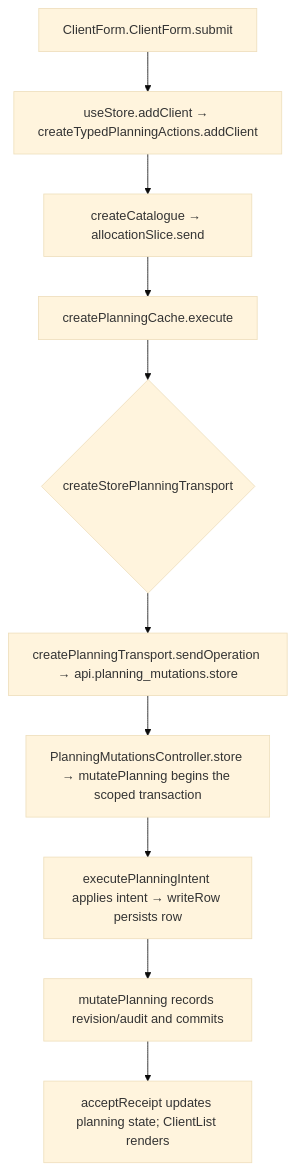
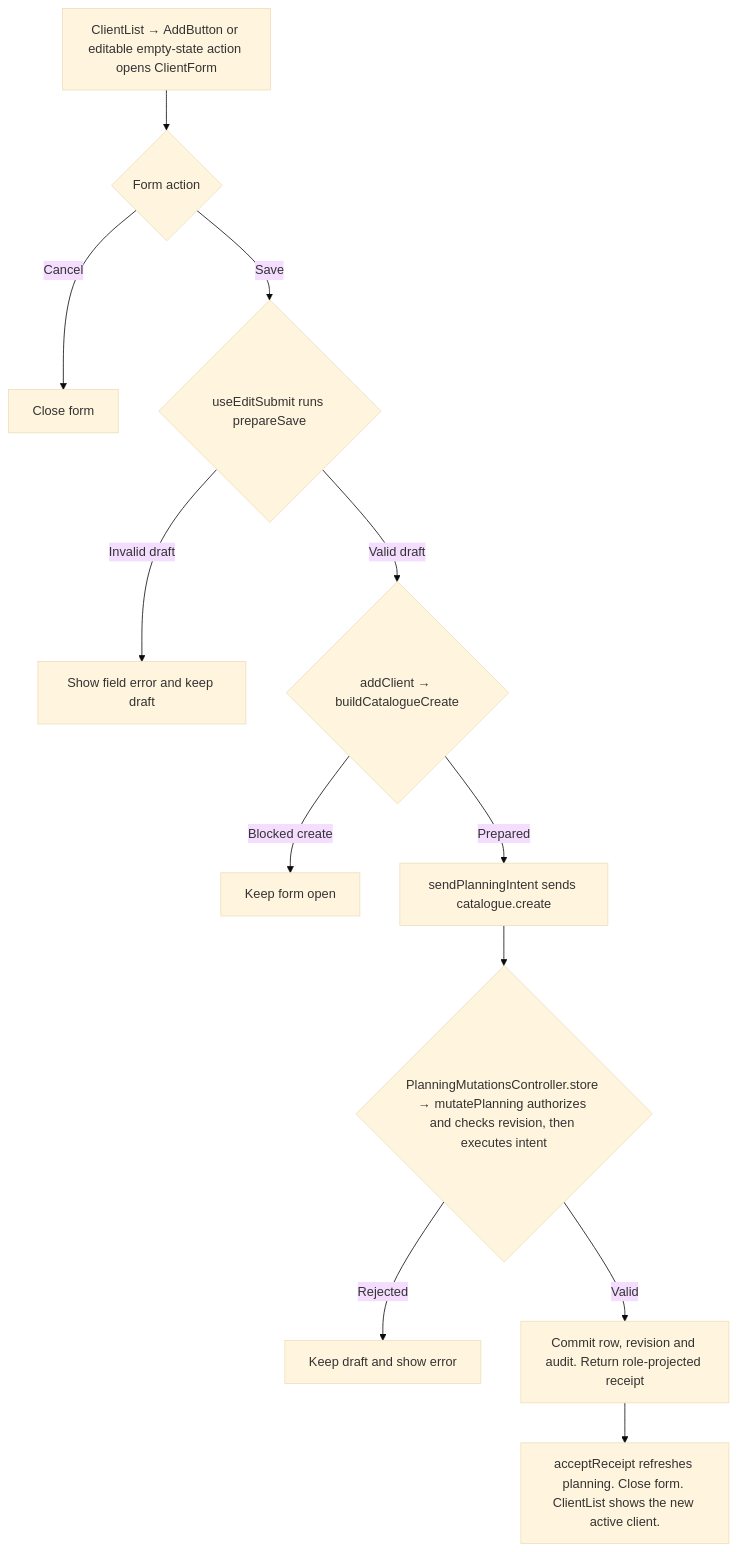
Before and after one commit to Kevinjohn/capacitylens: the second of 2 diagrams in user-stories/clients/US-CLI-01-add-client.md, drawn with Mermaid (base theme). The commit also changed other lines of this file and 172 other files, not shown here.

Commit message:
docs: reconcile user story code flows with source

````diff
--- a/user-stories/clients/US-CLI-01-add-client.md
+++ b/user-stories/clients/US-CLI-01-add-client.md
@@ -36,8 +36,14 @@
 ```mermaid
 flowchart TD
-  A["ClientForm.ClientForm.submit"] --> B["useStore.addClient → createTypedPlanningActions.addClient"]
-  B --> C["createCatalogue → allocationSlice.send"]
-  C --> D["createPlanningCache.execute"] --> E{"createStorePlanningTransport"}
-  E --> F["createPlanningTransport.sendOperation → api.planning_mutations.store"] --> G["PlanningMutationsController.store → mutatePlanning begins the scoped transaction"]
-  G --> H["executePlanningIntent applies intent → writeRow persists row"] --> K["mutatePlanning records revision/audit and commits"] --> J["acceptReceipt updates planning state; ClientList renders"]
+  ENTRY["ClientList → AddButton or editable empty-state action opens ClientForm"] --> ACTION{"Form action"}
+  ACTION -->|Cancel| CLOSE["Close form"]
+  ACTION -->|Save| FORM{"useEditSubmit runs prepareSave"}
+  FORM -->|Invalid draft| FIELD["Show field error and keep draft"]
+  FORM -->|Valid draft| CREATE{"addClient → buildCatalogueCreate"}
+  CREATE -->|Blocked create| OPEN["Keep form open"]
+  CREATE -->|Prepared| SEND["sendPlanningIntent sends catalogue.create"]
+  SEND --> SERVER{"PlanningMutationsController.store → mutatePlanning authorizes and checks revision, then executes intent"}
+  SERVER -->|Rejected| ERROR["Keep draft and show error"]
+  SERVER -->|Valid| COMMIT["Commit row, revision and audit. Return role-projected receipt"]
+  COMMIT --> DONE["acceptReceipt refreshes planning. Close form. ClientList shows the new active client."]
 ```
````
